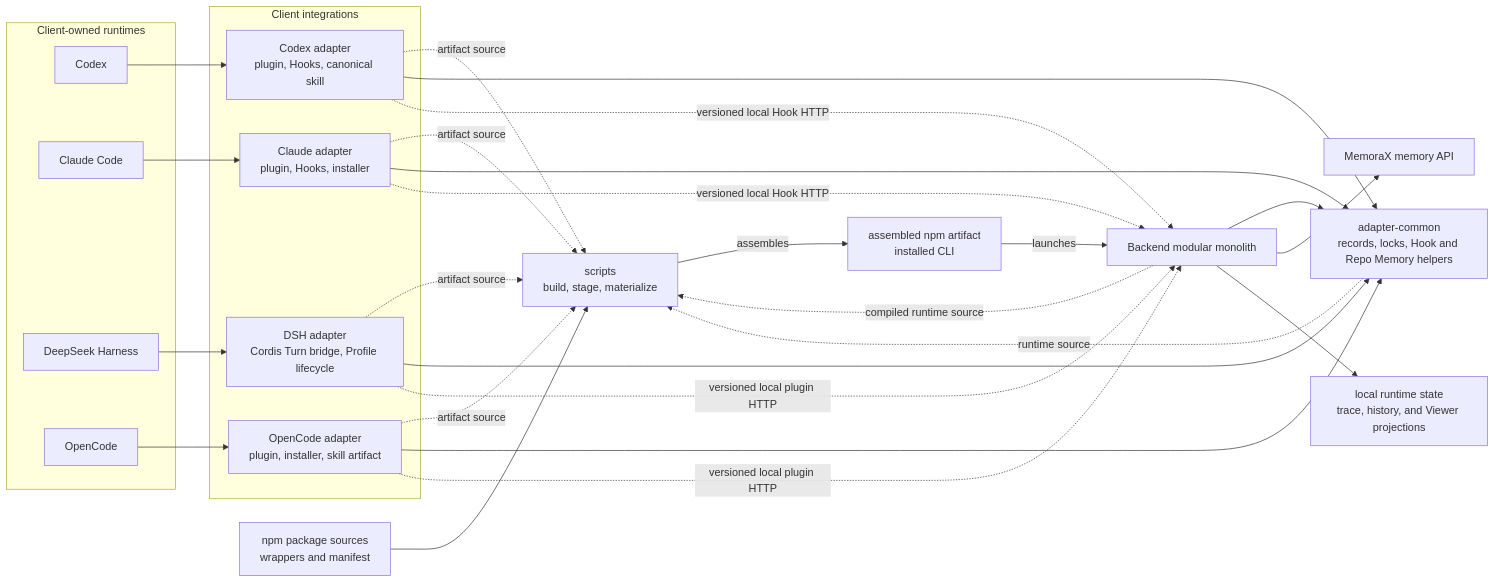
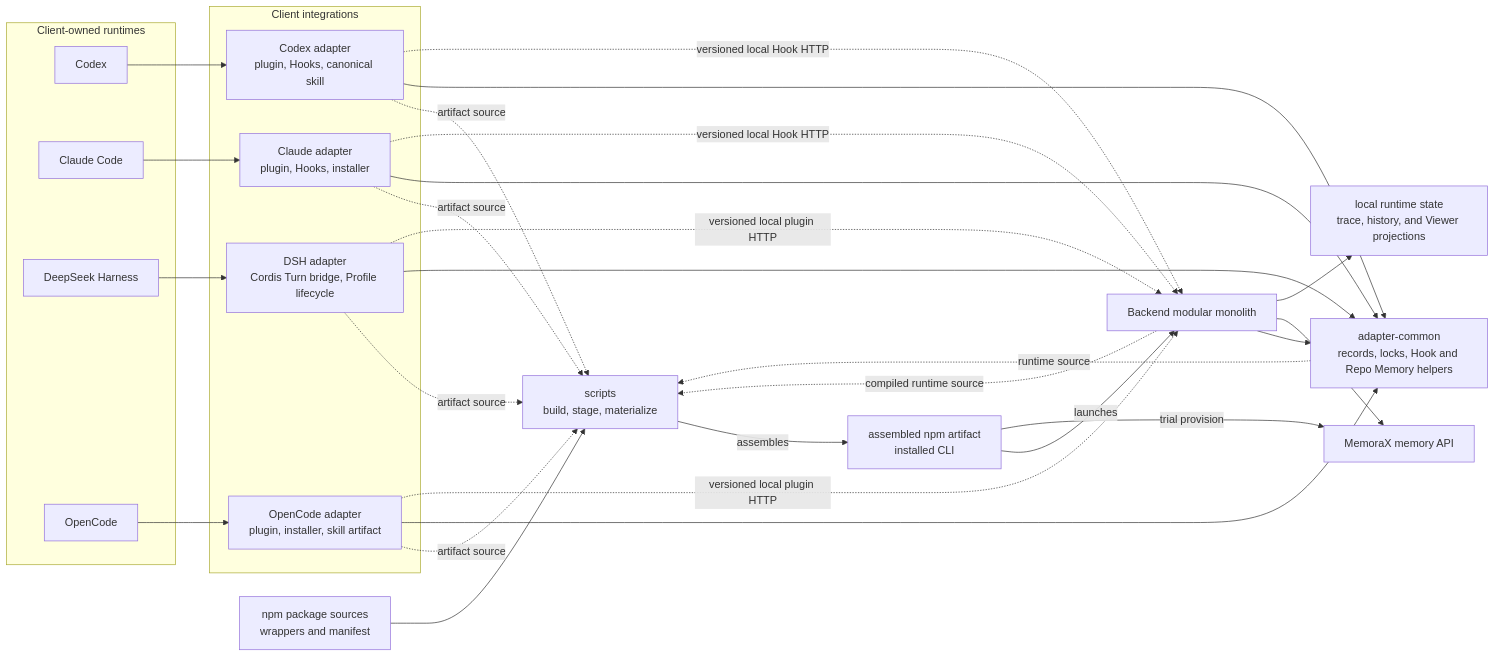
One commit to LimFang/memorax-code changed the first of 6 diagrams in ARCHITECTURE.md. Above: the diagram before and after it, drawn with Mermaid. The commit also changed other lines of this file and 1 other file, not shown here.

Commit message:
docs:(architecture) record trial provisioning boundary

````diff
--- a/ARCHITECTURE.md
+++ b/ARCHITECTURE.md
@@ -40,52 +40,53 @@
 ```mermaid
 flowchart LR
   subgraph Clients["Client-owned runtimes"]
     Codex["Codex"]
     Claude["Claude Code"]
     DSH["DeepSeek Harness"]
     OpenCode["OpenCode"]
   end
 
   subgraph Adapters["Client integrations"]
     CodexAdapter["Codex adapter<br/>plugin, Hooks, canonical skill"]
     ClaudeAdapter["Claude adapter<br/>plugin, Hooks, installer"]
     DshAdapter["DSH adapter<br/>Cordis Turn bridge, Profile lifecycle"]
     OpenCodeAdapter["OpenCode adapter<br/>plugin, installer, skill artifact"]
   end
 
   Common["adapter-common<br/>records, locks, Hook and Repo Memory helpers"]
   Backend["Backend modular monolith"]
   Npm["npm package sources<br/>wrappers and manifest"]
   Build["scripts<br/>build, stage, materialize"]
   Artifact["assembled npm artifact<br/>installed CLI"]
   MemoraX["MemoraX memory API"]
   Local["local runtime state<br/>trace, history, and Viewer projections"]
 
   Npm --> Build
   Backend -. "compiled runtime source" .-> Build
   Common -. "runtime source" .-> Build
   CodexAdapter -. "artifact source" .-> Build
   ClaudeAdapter -. "artifact source" .-> Build
   DshAdapter -. "artifact source" .-> Build
   OpenCodeAdapter -. "artifact source" .-> Build
   Build -->|"assembles"| Artifact
   Artifact -->|"launches"| Backend
+  Artifact -->|"trial provision"| MemoraX
 
   Backend --> Common
   CodexAdapter --> Common
   ClaudeAdapter --> Common
   DshAdapter --> Common
   OpenCodeAdapter --> Common
 
   Codex --> CodexAdapter
   Claude --> ClaudeAdapter
   DSH --> DshAdapter
   OpenCode --> OpenCodeAdapter
   CodexAdapter -. "versioned local Hook HTTP" .-> Backend
   ClaudeAdapter -. "versioned local Hook HTTP" .-> Backend
   DshAdapter -. "versioned local plugin HTTP" .-> Backend
   OpenCodeAdapter -. "versioned local plugin HTTP" .-> Backend
 
   Backend --> MemoraX
   Backend --> Local
 ```
````
